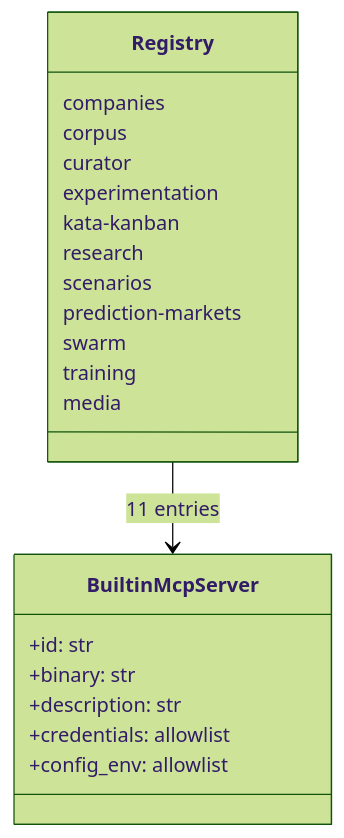
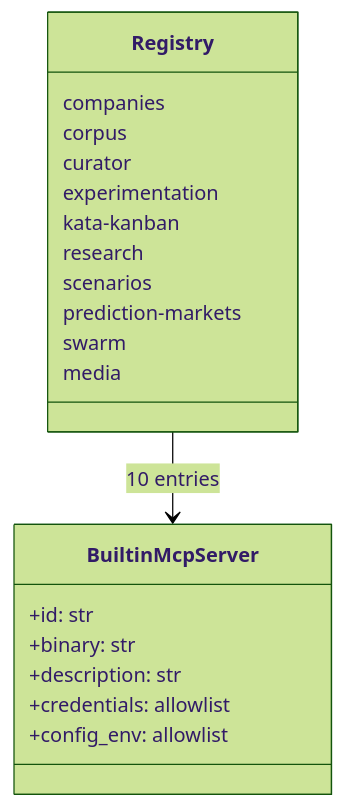
One commit to mdz-axo/zed-kask changed the second of 3 diagrams in kask/docs/diataxis/kask_bridge/reference.md. Above: the diagram before and after it, drawn with Mermaid (forest theme). The commit also changed other lines of this file and 125 other files, not shown here.

````diff
--- a/kask/docs/diataxis/kask_bridge/reference.md
+++ b/kask/docs/diataxis/kask_bridge/reference.md
@@ -133,24 +132,23 @@
 ```mermaid
 classDiagram
     class BuiltinMcpServer {
         +id: str
         +binary: str
         +description: str
         +credentials: allowlist
         +config_env: allowlist
     }
     class Registry {
         companies
         corpus
         curator
         experimentation
         kata-kanban
         research
         scenarios
         prediction-markets
         swarm
-        training
         media
     }
-    Registry --> BuiltinMcpServer : 11 entries
+    Registry --> BuiltinMcpServer : 10 entries
 ```
````
